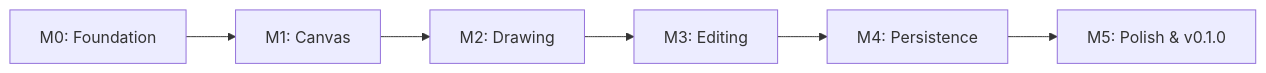
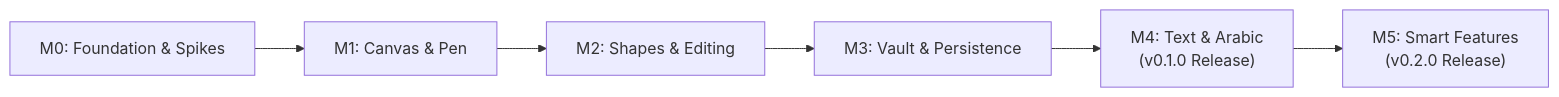
One commit to ofuqq/lawh changed the diagram in docs/roadmap.md. Above: the diagram before and after it, drawn with Mermaid. The commit also changed other lines of this file and 58 other files, not shown here.

First line of the commit message:
chore: bootstrap mirsam project foundations, governance, and architecture

````diff
--- a/docs/roadmap.md
+++ b/docs/roadmap.md
@@ -7,8 +7,8 @@
 ```mermaid
 flowchart LR
-    M0["M0: Foundation"] --> M1["M1: Canvas"]
-    M1 --> M2["M2: Drawing"]
-    M2 --> M3["M3: Editing"]
-    M3 --> M4["M4: Persistence"]
-    M4 --> M5["M5: Polish & v0.1.0"]
+    M0["M0: Foundation & Spikes"] --> M1["M1: Canvas & Pen"]
+    M1 --> M2["M2: Shapes & Editing"]
+    M2 --> M3["M3: Vault & Persistence"]
+    M3 --> M4["M4: Text & Arabic<br/>(v0.1.0 Release)"]
+    M4 --> M5["M5: Smart Features<br/>(v0.2.0 Release)"]
 ```
````
